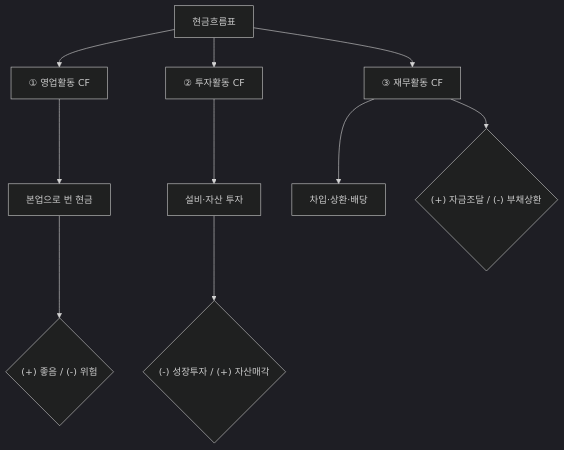
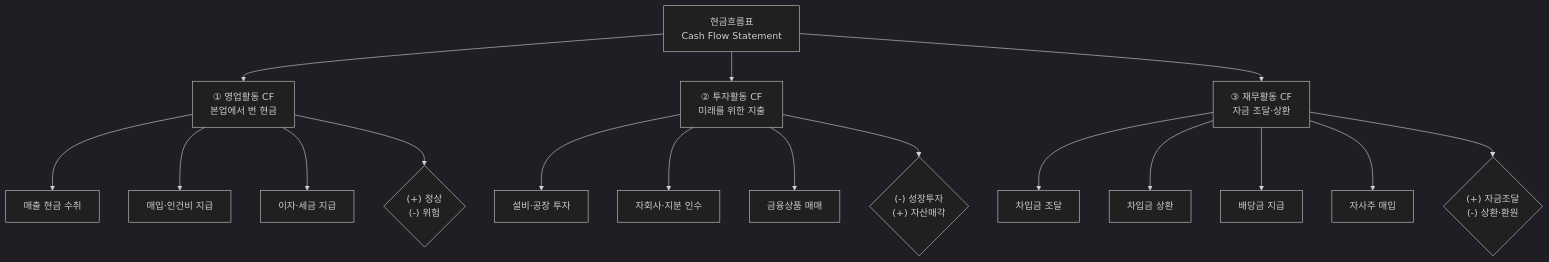
One commit to yeongseon/stock-visual-note changed the diagram in content/stock-terms/ko/level-03-financial-statements/cash-flow.md. Above: the diagram before and after it, drawn with Mermaid (dark theme). The commit also changed other lines of this file, not shown here.

Commit message:
content: rewrite cash-flow.md — richer Mermaid diagram (17 nodes), lifecycle patterns, 4 misconceptions, detailed scenario

````diff
--- a/content/stock-terms/ko/level-03-financial-statements/cash-flow.md
+++ b/content/stock-terms/ko/level-03-financial-statements/cash-flow.md
@@ -39,13 +49,24 @@
 ```mermaid
 graph TD
-    A["현금흐름표"]
-    A --> B["① 영업활동 CF"]
-    A --> C["② 투자활동 CF"]
-    A --> D["③ 재무활동 CF"]
-    B --> E["본업으로 번 현금"]
-    C --> F["설비·자산 투자"]
-    D --> G["차입·상환·배당"]
-    E --> H{"(+) 좋음 / (-) 위험"}
-    F --> I{"(-) 성장투자 / (+) 자산매각"}
-    D --> J{"(+) 자금조달 / (-) 부채상환"}
+    A["현금흐름표<br>Cash Flow Statement"]
+    A --> B["① 영업활동 CF<br>본업에서 번 현금"]
+    A --> C["② 투자활동 CF<br>미래를 위한 지출"]
+    A --> D["③ 재무활동 CF<br>자금 조달·상환"]
+
+    B --> E["매출 현금 수취"]
+    B --> F["매입·인건비 지급"]
+    B --> G["이자·세금 지급"]
+
+    C --> H["설비·공장 투자"]
+    C --> I["자회사·지분 인수"]
+    C --> J["금융상품 매매"]
+
+    D --> K["차입금 조달"]
+    D --> L["차입금 상환"]
+    D --> M["배당금 지급"]
+    D --> N["자사주 매입"]
+
+    B --> O{"(+) 정상<br>(-) 위험"}
+    C --> P{"(-) 성장투자<br>(+) 자산매각"}
+    D --> Q{"(+) 자금조달<br>(-) 상환·환원"}
 ```
````
